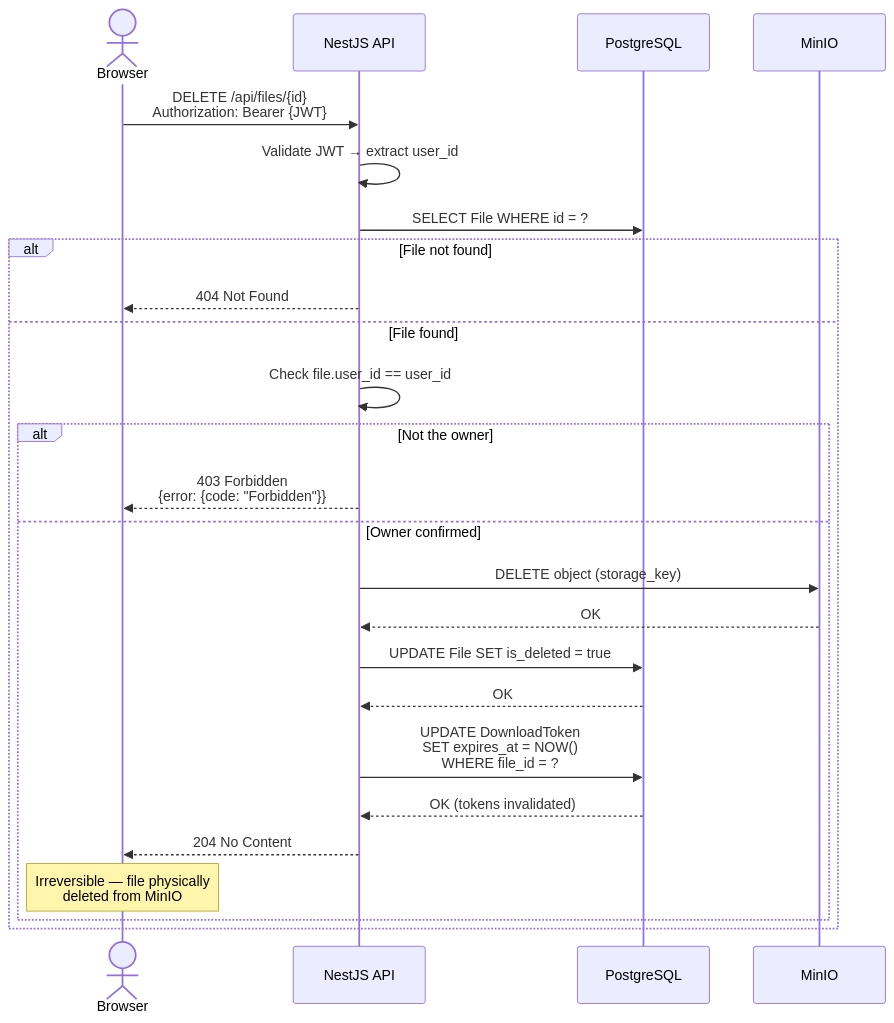
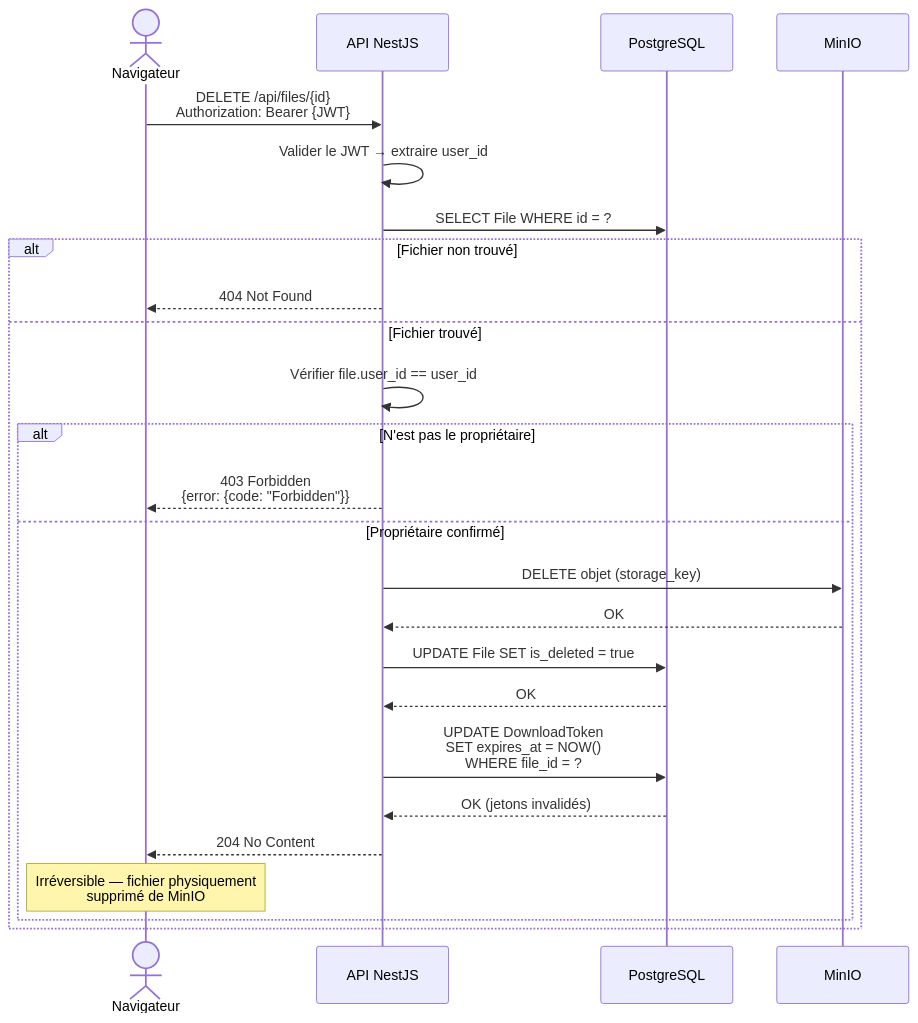
One commit to OC-Expert-DevOps/P3-OC-software-development-management changed the sixth of 8 diagrams in docs/architecture/03-sequence-diagrams.md. Above: the diagram before and after it, drawn with Mermaid. The commit also changed other lines of this file and 21 other files, not shown here.

````diff
--- a/docs/architecture/03-sequence-diagrams.md
+++ b/docs/architecture/03-sequence-diagrams.md
@@ -186,28 +186,28 @@
 ```mermaid
 sequenceDiagram
-    actor User as Browser
-    participant API as NestJS API
+    actor User as Navigateur
+    participant API as API NestJS
     participant DB as PostgreSQL
     participant S3 as MinIO
 
     User->>API: DELETE /api/files/{id}<br/>Authorization: Bearer {JWT}
-    API->>API: Validate JWT → extract user_id
+    API->>API: Valider le JWT → extraire user_id
     API->>DB: SELECT File WHERE id = ?
-    alt File not found
+    alt Fichier non trouvé
         API-->>User: 404 Not Found
-    else File found
-        API->>API: Check file.user_id == user_id
-        alt Not the owner
+    else Fichier trouvé
+        API->>API: Vérifier file.user_id == user_id
+        alt N'est pas le propriétaire
             API-->>User: 403 Forbidden<br/>{error: {code: "Forbidden"}}
-        else Owner confirmed
-            API->>S3: DELETE object (storage_key)
+        else Propriétaire confirmé
+            API->>S3: DELETE objet (storage_key)
             S3-->>API: OK
             API->>DB: UPDATE File SET is_deleted = true
             DB-->>API: OK
             API->>DB: UPDATE DownloadToken<br/>SET expires_at = NOW()<br/>WHERE file_id = ?
-            DB-->>API: OK (tokens invalidated)
+            DB-->>API: OK (jetons invalidés)
             API-->>User: 204 No Content
-            Note over User: Irreversible — file physically<br/>deleted from MinIO
+            Note over User: Irréversible — fichier physiquement<br/>supprimé de MinIO
         end
     end
 ```
````
